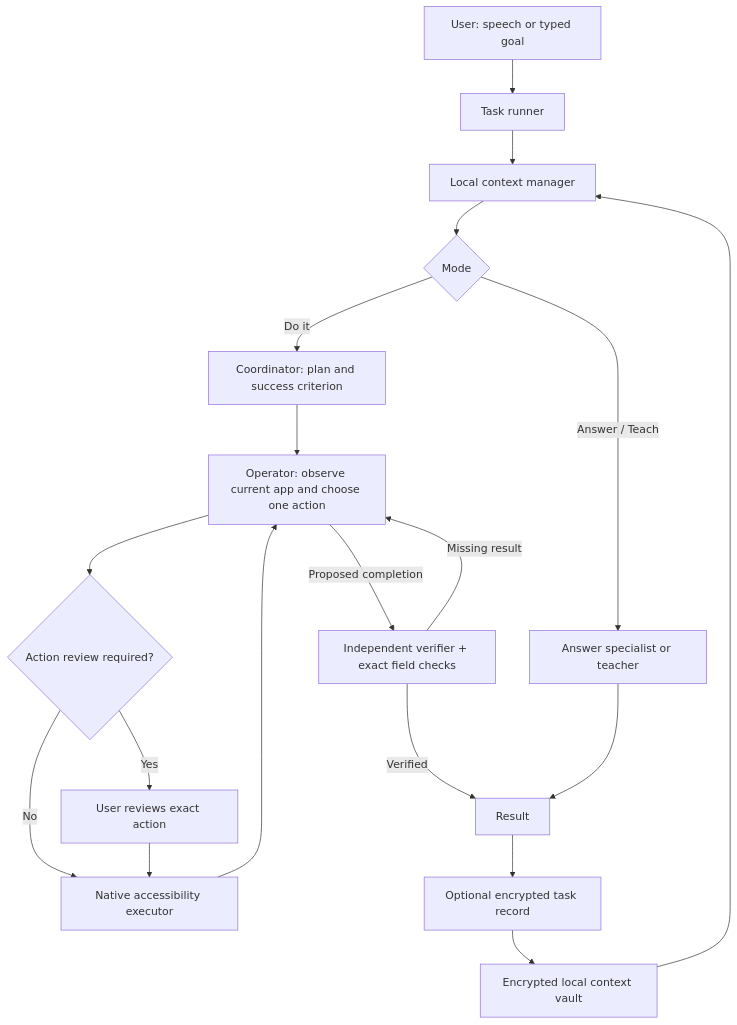
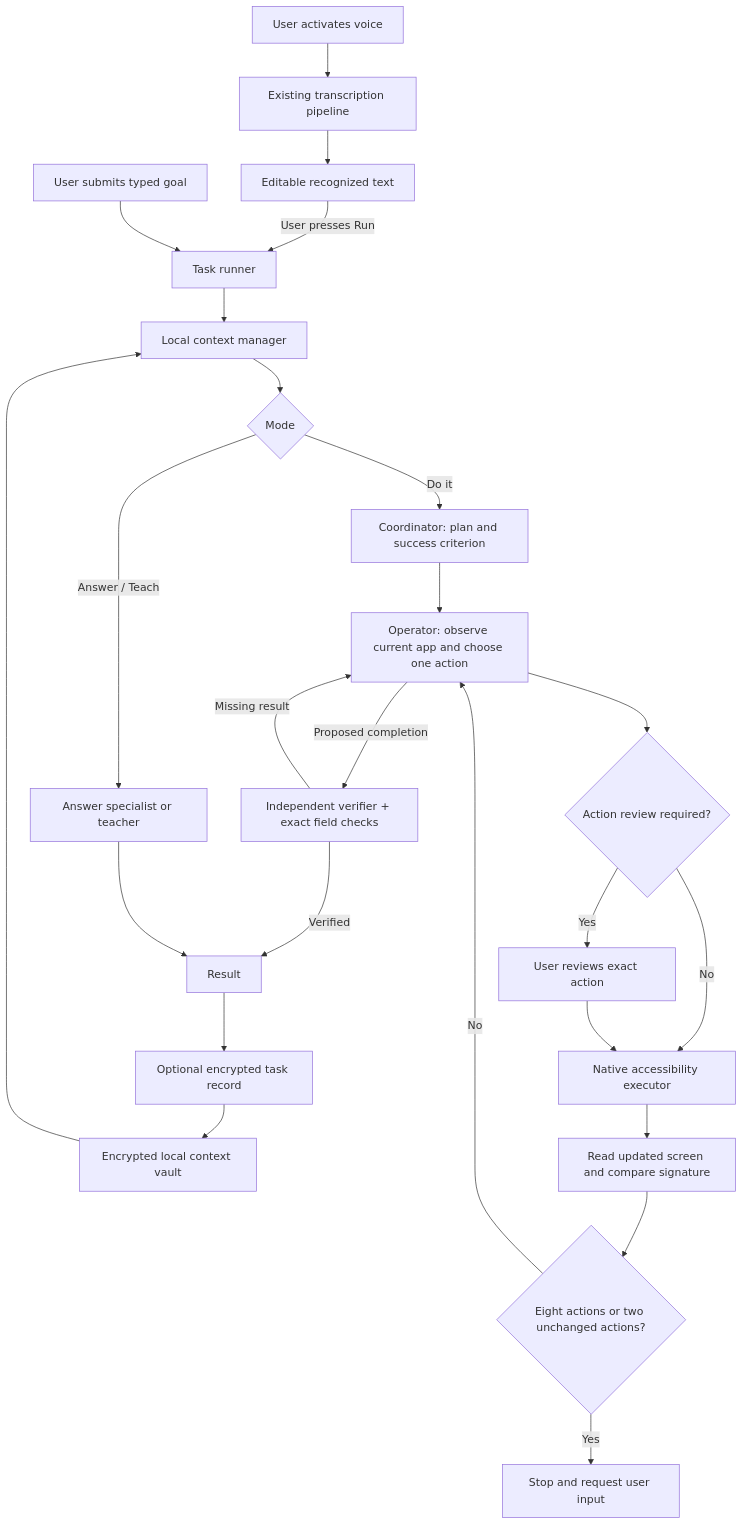
One commit to ahmedmalik07/dexterity changed the diagram in ARCHITECTURE.md. Above: the diagram before and after it, drawn with Mermaid. The commit also changed other lines of this file and 2 other files, not shown here.

Commit message:
Document hackathon demo, tested launch path, and remaining work

````diff
--- a/ARCHITECTURE.md
+++ b/ARCHITECTURE.md
@@ -11,21 +11,27 @@
 ```mermaid
 flowchart TD
-  U[User: speech or typed goal] --> R[Task runner]
+  U[User activates voice] --> S[Existing transcription pipeline]
+  S --> E[Editable recognized text]
+  E -->|User presses Run| R[Task runner]
+  Y[User submits typed goal] --> R
   V[Encrypted local context vault] --> M[Local context manager]
   R --> M
   M --> Q{Mode}
   Q -->|Answer / Teach| T[Answer specialist or teacher]
   Q -->|Do it| C[Coordinator: plan and success criterion]
   C --> O[Operator: observe current app and choose one action]
   O --> G{Action review required?}
   G -->|Yes| A[User reviews exact action]
   G -->|No| N[Native accessibility executor]
   A --> N
-  N --> O
+  N --> P[Read updated screen and compare signature]
+  P --> L{Eight actions or two unchanged actions?}
+  L -->|Yes| X[Stop and request user input]
+  L -->|No| O
   O -->|Proposed completion| K[Independent verifier + exact field checks]
   K -->|Missing result| O
   K -->|Verified| D[Result]
   T --> D
   D --> H[Optional encrypted task record]
   H --> V
 ```
````
